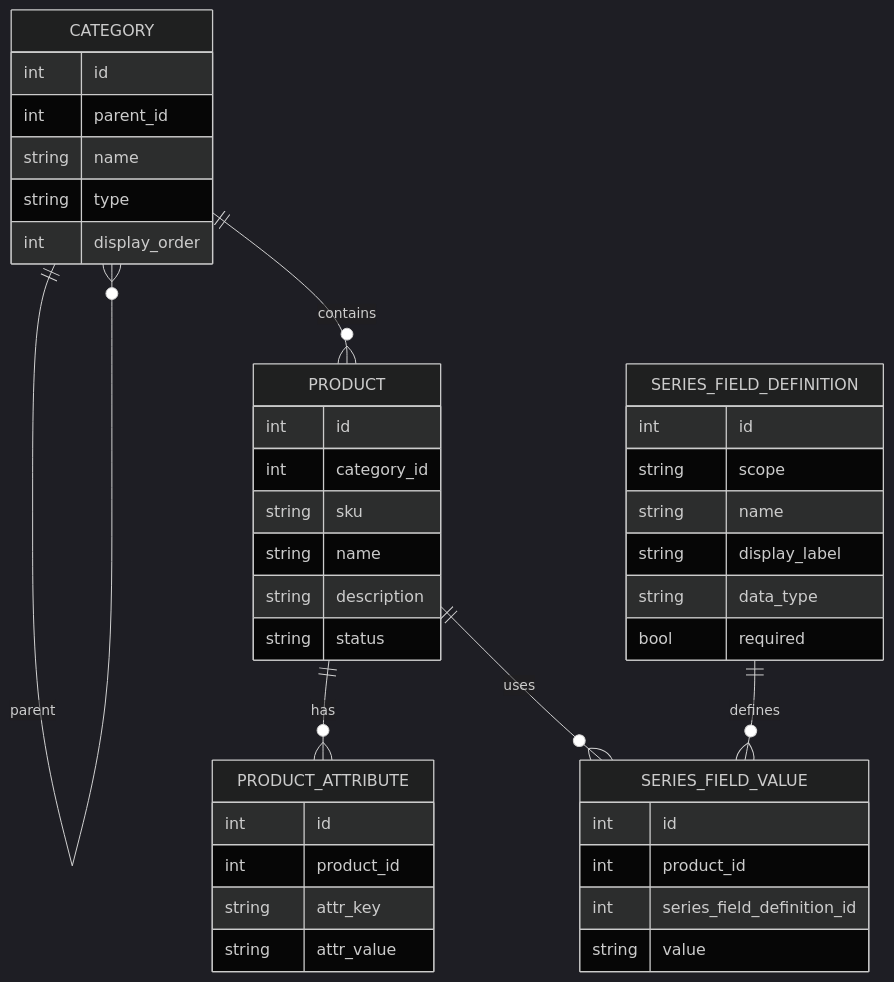
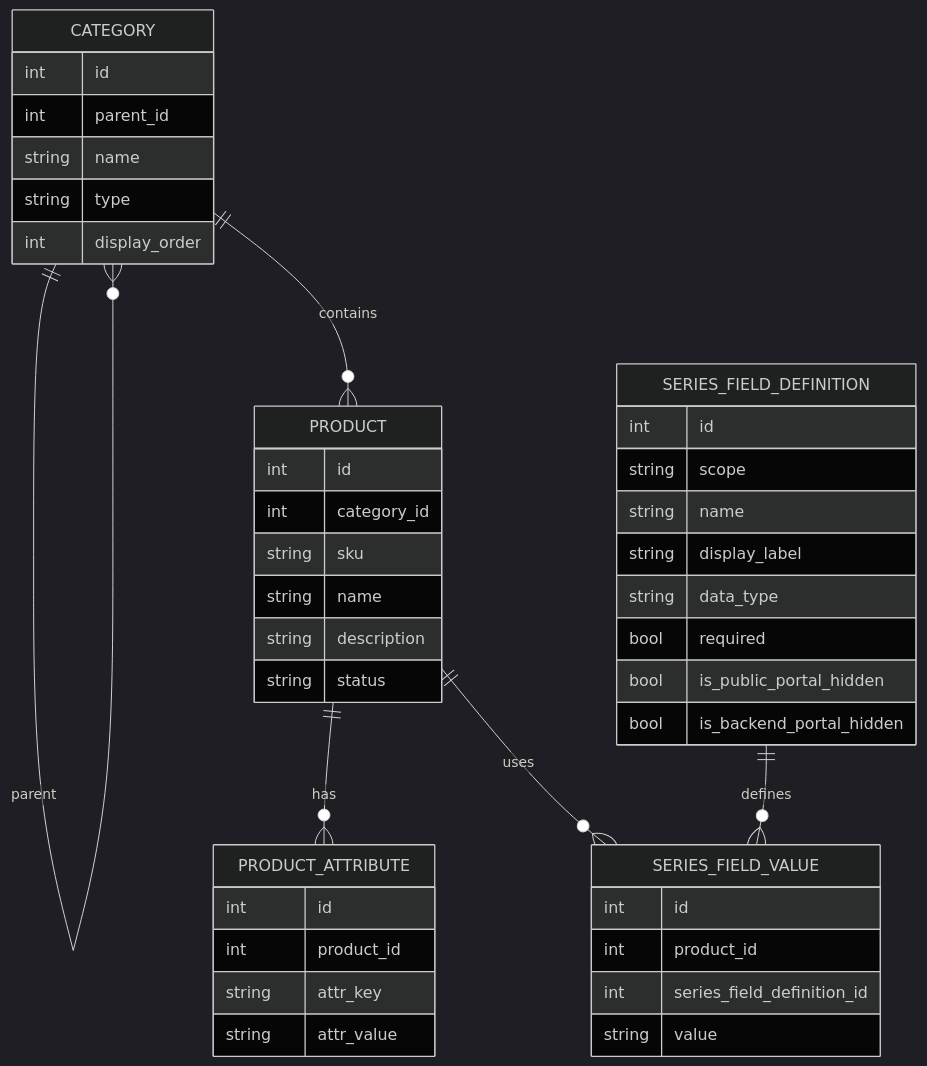
One commit to sinjie2008/Foundational-Electronics-Core-Systems changed the fifth of 9 diagrams in docs/spec.md. Above: the diagram before and after it, drawn with Mermaid (dark theme). The commit also changed other lines of this file and 11 other files, not shown here.

````diff
--- a/docs/spec.md
+++ b/docs/spec.md
@@ -196,43 +221,45 @@
 ```mermaid
 erDiagram
   CATEGORY ||--o{ CATEGORY : parent
   CATEGORY ||--o{ PRODUCT : contains
   PRODUCT ||--o{ PRODUCT_ATTRIBUTE : has
   PRODUCT ||--o{ SERIES_FIELD_VALUE : uses
   SERIES_FIELD_DEFINITION ||--o{ SERIES_FIELD_VALUE : defines
   CATEGORY {
     int id
     int parent_id
     string name
     string type
     int display_order
   }
   PRODUCT {
     int id
     int category_id
     string sku
     string name
     string description
     string status
   }
   PRODUCT_ATTRIBUTE {
     int id
     int product_id
     string attr_key
     string attr_value
   }
   SERIES_FIELD_DEFINITION {
     int id
     string scope
     string name
     string display_label
     string data_type
     bool required
+    bool is_public_portal_hidden
+    bool is_backend_portal_hidden
   }
   SERIES_FIELD_VALUE {
     int id
     int product_id
     int series_field_definition_id
     string value
   }
 ```
````
